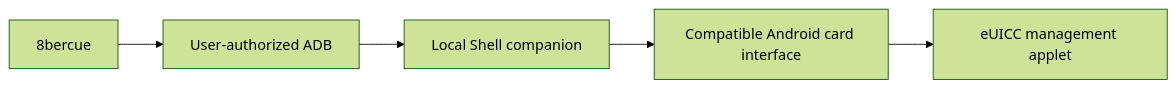
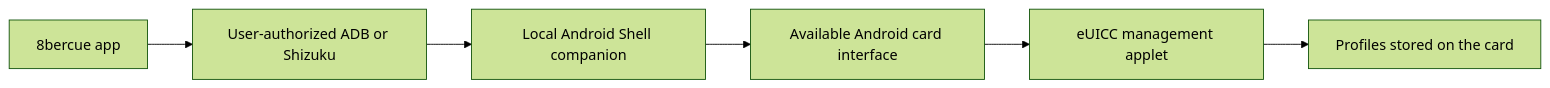
Before and after one commit to sidnvy/8bercue: the diagram in README.md, drawn with Mermaid (forest theme). The commit also changed other lines of this file and 11 other files, not shown here.

````diff
--- a/README.md
+++ b/README.md
@@ -82,7 +79,8 @@
 ```mermaid
 flowchart LR
-    App[8bercue] --> Auth[User-authorized ADB]
-    Auth --> Shell[Local Shell companion]
-    Shell --> Route[Compatible Android card interface]
+    App[8bercue app] --> Auth[User-authorized ADB or Shizuku]
+    Auth --> Shell[Local Android Shell companion]
+    Shell --> Route[Available Android card interface]
     Route --> Card[eUICC management applet]
+    Card --> Profiles[Profiles stored on the card]
 ```
````
